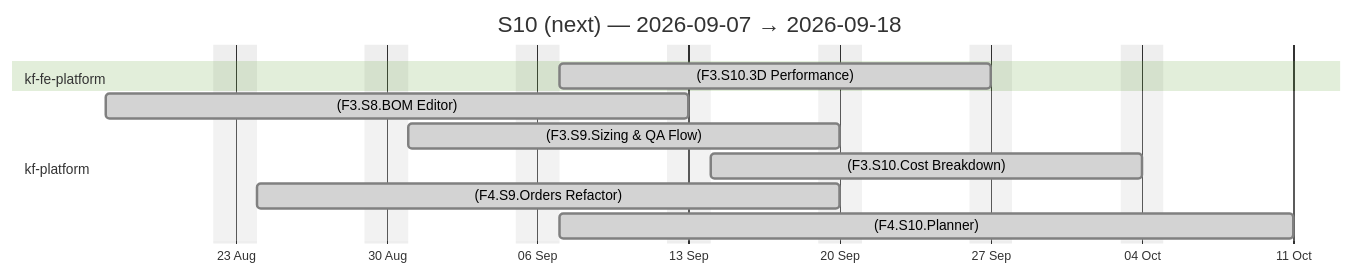
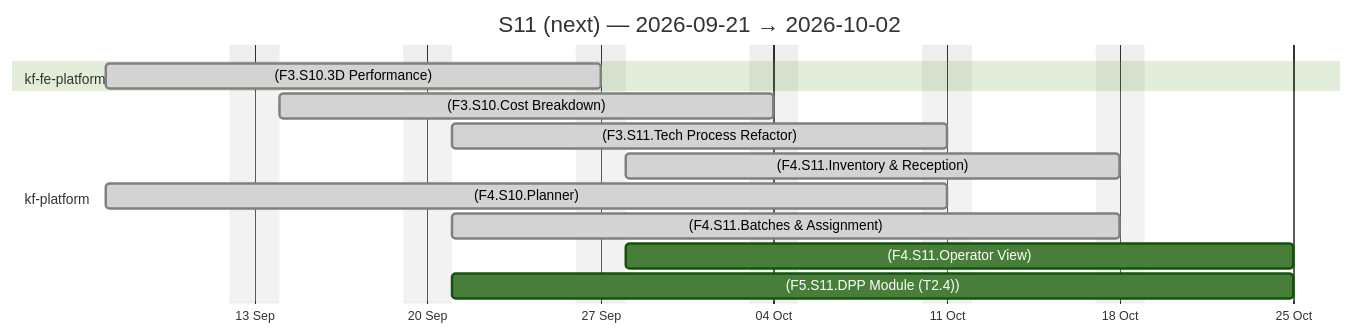
Before and after one commit to Katty-Fashion/kf-cpto: the fourth of 4 diagrams in docs/agile-sprints.md, drawn with Mermaid (forest theme). The commit also changed other lines of this file and 15 other files, not shown here.

````diff
--- a/docs/agile-sprints.md
+++ b/docs/agile-sprints.md
@@ -90,16 +92,18 @@
 ```mermaid
 gantt
-    title S10 (next) — 2026-09-07 → 2026-09-18
+    title S11 (next) — 2026-09-21 → 2026-10-02
     dateFormat YYYY-MM-DD
     axisFormat %d %b
     excludes weekends
 
     section kf-fe-platform
     (F3.S10.3D Performance) :done, 2026-09-07, 2026-09-27
     section kf-platform
-    (F3.S8.BOM Editor) :done, 2026-08-17, 2026-09-13
-    (F3.S9.Sizing & QA Flow) :done, 2026-08-31, 2026-09-20
     (F3.S10.Cost Breakdown) :done, 2026-09-14, 2026-10-04
-    (F4.S9.Orders Refactor) :done, 2026-08-24, 2026-09-20
+    (F3.S11.Tech Process Refactor) :done, 2026-09-21, 2026-10-11
+    (F4.S11.Inventory & Reception) :done, 2026-09-28, 2026-10-18
     (F4.S10.Planner) :done, 2026-09-07, 2026-10-11
+    (F4.S11.Batches & Assignment) :done, 2026-09-21, 2026-10-18
+    (F4.S11.Operator View) :2026-09-28, 2026-10-25
+    (F5.S11.DPP Module (T2.4)) :2026-09-21, 2026-10-25
 ```
````
